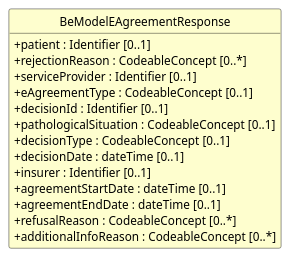
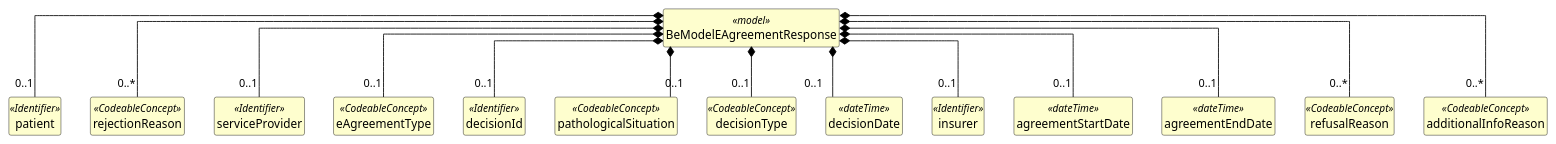
One commit to caresets/caresets-src changed the diagram in exports/diagrams/BeModelEAgreementResponse-uml.puml. Above: the diagram before and after it, drawn with PlantUML. The commit also changed 149 other files, not shown here.

First line of the commit message:
diagrams: one box per element, which is the shape that was being asked for

```diff
--- a/exports/diagrams/BeModelEAgreementResponse-uml.puml
+++ b/exports/diagrams/BeModelEAgreementResponse-uml.puml
@@ -1,31 +1,70 @@
 @startuml
 skinparam shadowing false
 skinparam classAttributeIconSize 0
 skinparam linetype ortho
 skinparam class {
   BackgroundColor #FEFECE
   BorderColor #000000
   ArrowColor #000000
   FontStyle bold
   AttributeFontStyle normal
 }
 hide circle
 hide empty members
 
-class "BeModelEAgreementResponse" as BeModelEAgreementResponse {
-  +patient : Identifier [0..1]
-  +rejectionReason : CodeableConcept [0..*]
-  +serviceProvider : Identifier [0..1]
-  +eAgreementType : CodeableConcept [0..1]
-  +decisionId : Identifier [0..1]
-  +pathologicalSituation : CodeableConcept [0..1]
-  +decisionType : CodeableConcept [0..1]
-  +decisionDate : dateTime [0..1]
-  +insurer : Identifier [0..1]
-  +agreementStartDate : dateTime [0..1]
-  +agreementEndDate : dateTime [0..1]
-  +refusalReason : CodeableConcept [0..*]
-  +additionalInfoReason : CodeableConcept [0..*]
+class "BeModelEAgreementResponse" as BeModelEAgreementResponse <<model>> {
 }
 
+class "patient" as BeModelEAgreementResponse_patient <<Identifier>> {
+}
+
+class "rejectionReason" as BeModelEAgreementResponse_rejectionReason <<CodeableConcept>> {
+}
+
+class "serviceProvider" as BeModelEAgreementResponse_serviceProvider <<Identifier>> {
+}
+
+class "eAgreementType" as BeModelEAgreementResponse_eAgreementType <<CodeableConcept>> {
+}
+
+class "decisionId" as BeModelEAgreementResponse_decisionId <<Identifier>> {
+}
+
+class "pathologicalSituation" as BeModelEAgreementResponse_pathologicalSituation <<CodeableConcept>> {
+}
+
+class "decisionType" as BeModelEAgreementResponse_decisionType <<CodeableConcept>> {
+}
+
+class "decisionDate" as BeModelEAgreementResponse_decisionDate <<dateTime>> {
+}
+
+class "insurer" as BeModelEAgreementResponse_insurer <<Identifier>> {
+}
+
+class "agreementStartDate" as BeModelEAgreementResponse_agreementStartDate <<dateTime>> {
+}
+
+class "agreementEndDate" as BeModelEAgreementResponse_agreementEndDate <<dateTime>> {
+}
+
+class "refusalReason" as BeModelEAgreementResponse_refusalReason <<CodeableConcept>> {
+}
+
+class "additionalInfoReason" as BeModelEAgreementResponse_additionalInfoReason <<CodeableConcept>> {
+}
+
+BeModelEAgreementResponse *-- "0..1" BeModelEAgreementResponse_patient
+BeModelEAgreementResponse *-- "0..*" BeModelEAgreementResponse_rejectionReason
+BeModelEAgreementResponse *-- "0..1" BeModelEAgreementResponse_serviceProvider
+BeModelEAgreementResponse *-- "0..1" BeModelEAgreementResponse_eAgreementType
+BeModelEAgreementResponse *-- "0..1" BeModelEAgreementResponse_decisionId
+BeModelEAgreementResponse *-- "0..1" BeModelEAgreementResponse_pathologicalSituation
+BeModelEAgreementResponse *-- "0..1" BeModelEAgreementResponse_decisionType
+BeModelEAgreementResponse *-- "0..1" BeModelEAgreementResponse_decisionDate
+BeModelEAgreementResponse *-- "0..1" BeModelEAgreementResponse_insurer
+BeModelEAgreementResponse *-- "0..1" BeModelEAgreementResponse_agreementStartDate
+BeModelEAgreementResponse *-- "0..1" BeModelEAgreementResponse_agreementEndDate
+BeModelEAgreementResponse *-- "0..*" BeModelEAgreementResponse_refusalReason
+BeModelEAgreementResponse *-- "0..*" BeModelEAgreementResponse_additionalInfoReason
 @enduml
```
